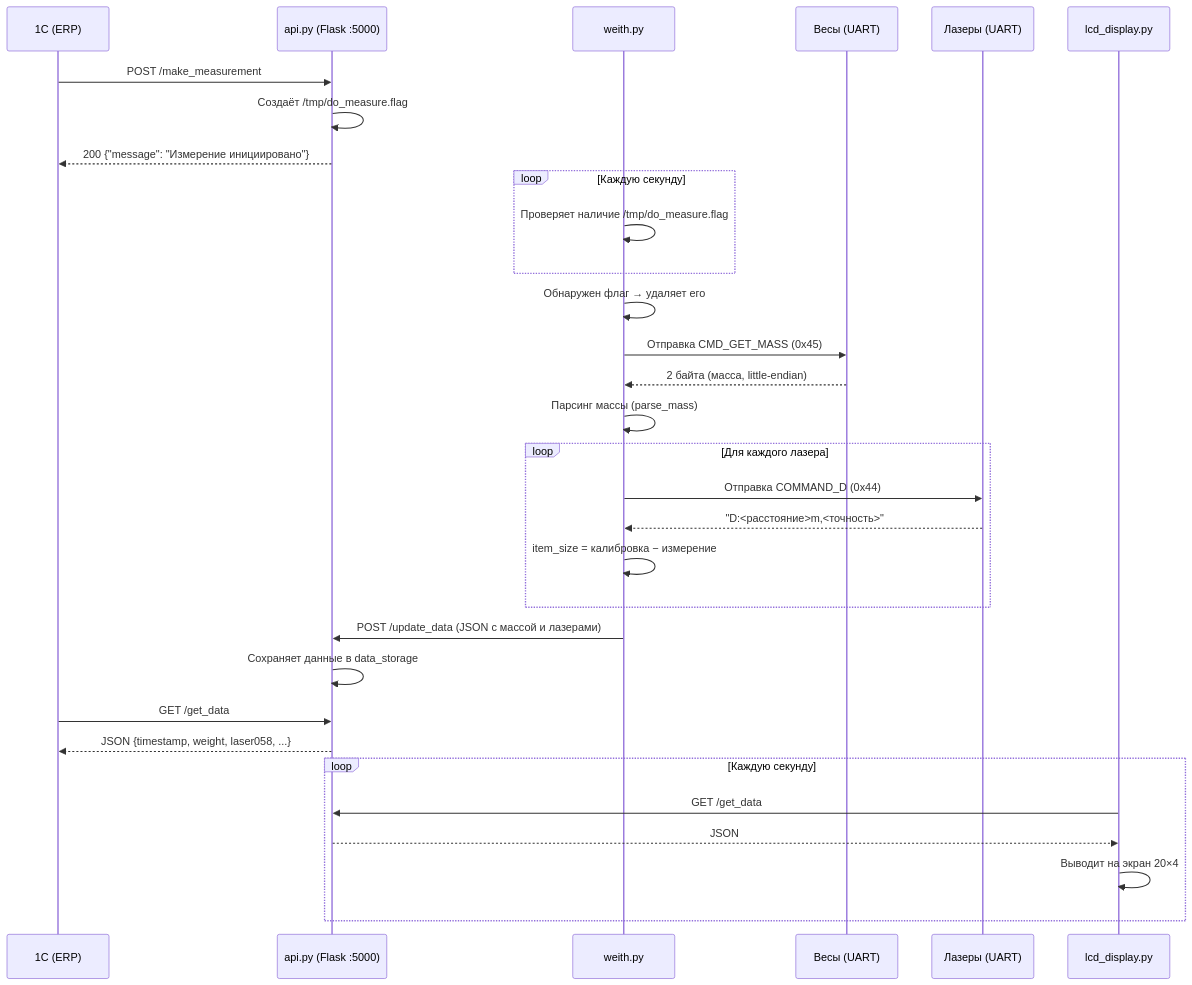
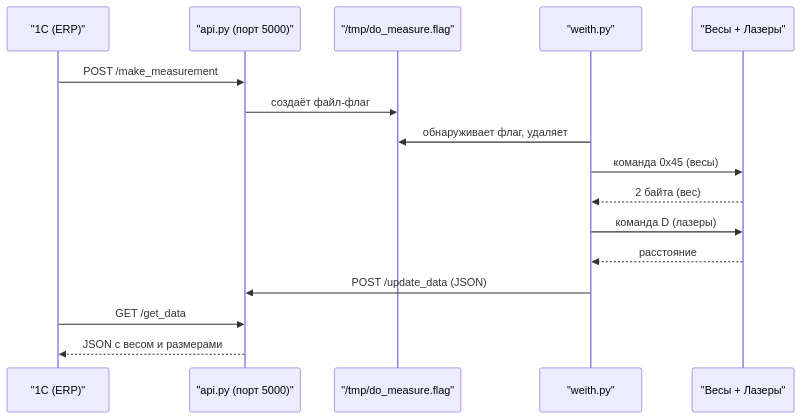
One commit to onepyad/scales changed the diagram in README.md. Above: the diagram before and after it, drawn with Mermaid. The commit also changed other lines of this file, not shown here.

````diff
--- a/README.md
+++ b/README.md
@@ -111,40 +87,19 @@
 ```mermaid
 sequenceDiagram
-    participant 1C as 1С (ERP)
-    participant API as api.py (Flask :5000)
-    participant Weith as weith.py
-    participant Scales as Весы (UART)
-    participant Laser as Лазеры (UART)
-    participant LCD as lcd_display.py
+    participant ERP as "1С (ERP)"
+    participant API as "api.py (порт 5000)"
+    participant FLAG as "/tmp/do_measure.flag"
+    participant WEITH as "weith.py"
+    participant HW as "Весы + Лазеры"
 
-    1C->>API: POST /make_measurement
-    API->>API: Создаёт /tmp/do_measure.flag
-    API-->>1C: 200 {"message": "Измерение инициировано"}
-
-    loop Каждую секунду
-        Weith->>Weith: Проверяет наличие /tmp/do_measure.flag
-    end
-
-    Weith->>Weith: Обнаружен флаг → удаляет его
-    Weith->>Scales: Отправка CMD_GET_MASS (0x45)
-    Scales-->>Weith: 2 байта (масса, little-endian)
-    Weith->>Weith: Парсинг массы (parse_mass)
-
-    loop Для каждого лазера
-        Weith->>Laser: Отправка COMMAND_D (0x44)
-        Laser-->>Weith: "D:<расстояние>m,<точность>"
-        Weith->>Weith: item_size = калибровка − измерение
-    end
-
-    Weith->>API: POST /update_data (JSON с массой и лазерами)
-    API->>API: Сохраняет данные в data_storage
-
-    1C->>API: GET /get_data
-    API-->>1C: JSON {timestamp, weight, laser058, ...}
-
-    loop Каждую секунду
-        LCD->>API: GET /get_data
-        API-->>LCD: JSON
-        LCD->>LCD: Выводит на экран 20×4
-    end
+    ERP->>API: POST /make_measurement
+    API->>FLAG: создаёт файл-флаг
+    WEITH->>FLAG: обнаруживает флаг, удаляет
+    WEITH->>HW: команда 0x45 (весы)
+    HW-->>WEITH: 2 байта (вес)
+    WEITH->>HW: команда D (лазеры)
+    HW-->>WEITH: расстояние
+    WEITH->>API: POST /update_data (JSON)
+    ERP->>API: GET /get_data
+    API-->>ERP: JSON с весом и размерами
 ```
````
